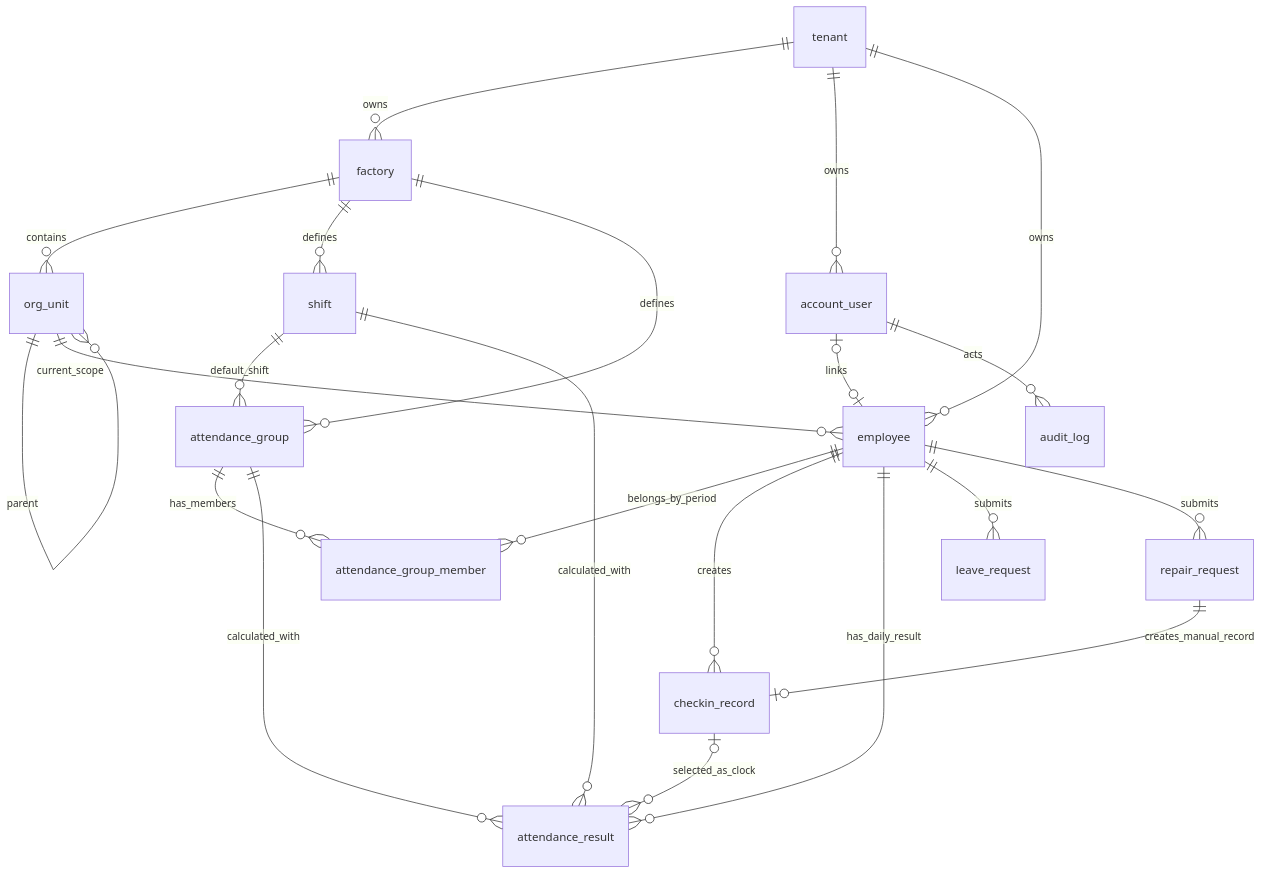
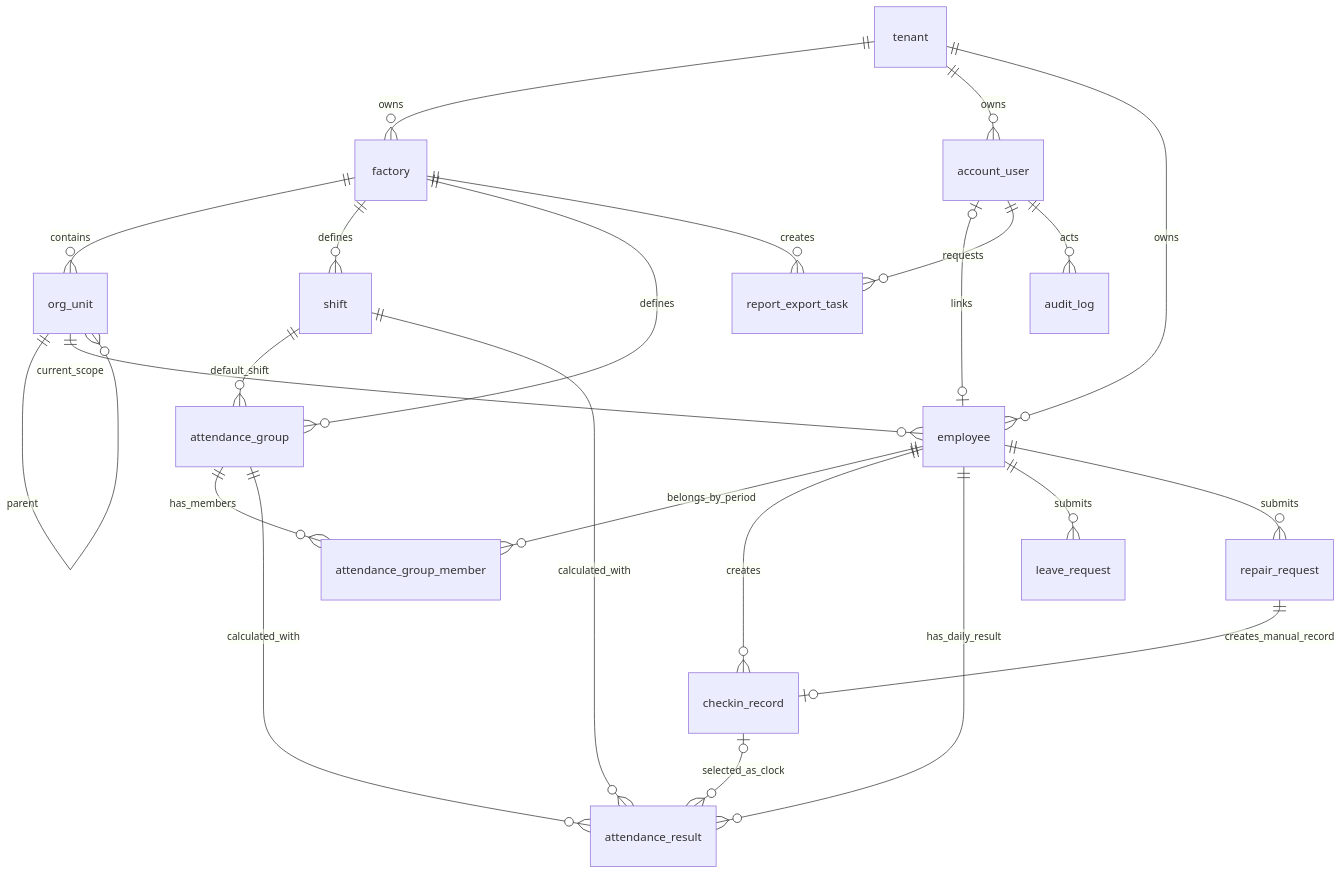
The diagram in docs/design/factory-erp-er-model.md (xuCesar/easy-erp), drawn with Mermaid before and after one commit. The commit also changed other lines of this file and 7 other files, not shown here.

Commit message:
feat(api): persist report export tasks

````diff
--- a/docs/design/factory-erp-er-model.md
+++ b/docs/design/factory-erp-er-model.md
@@ -26,24 +26,26 @@
 ```mermaid
 erDiagram
   tenant ||--o{ factory : owns
   tenant ||--o{ account_user : owns
   tenant ||--o{ employee : owns
   factory ||--o{ org_unit : contains
   org_unit ||--o{ org_unit : parent
   org_unit ||--o{ employee : current_scope
   account_user o|--o| employee : links
   factory ||--o{ shift : defines
   factory ||--o{ attendance_group : defines
   shift ||--o{ attendance_group : default_shift
   attendance_group ||--o{ attendance_group_member : has_members
   employee ||--o{ attendance_group_member : belongs_by_period
   employee ||--o{ checkin_record : creates
   employee ||--o{ attendance_result : has_daily_result
   shift ||--o{ attendance_result : calculated_with
   attendance_group ||--o{ attendance_result : calculated_with
   checkin_record o|--o{ attendance_result : selected_as_clock
   employee ||--o{ leave_request : submits
   employee ||--o{ repair_request : submits
   repair_request ||--o| checkin_record : creates_manual_record
+  factory ||--o{ report_export_task : creates
+  account_user ||--o{ report_export_task : requests
   account_user ||--o{ audit_log : acts
 ```
````
